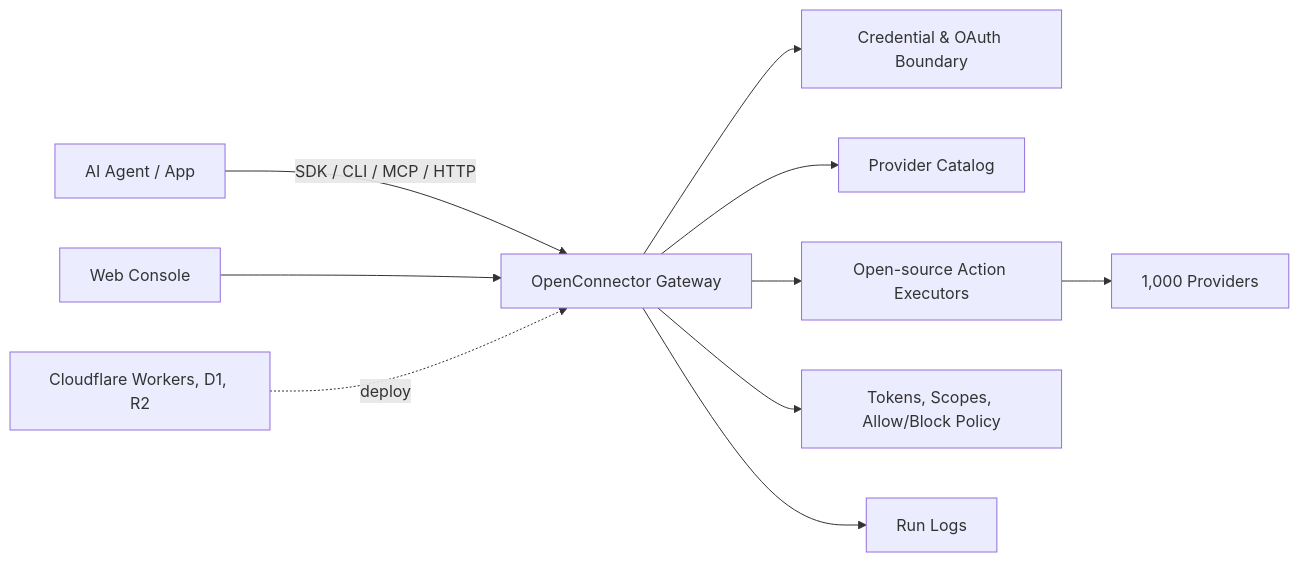
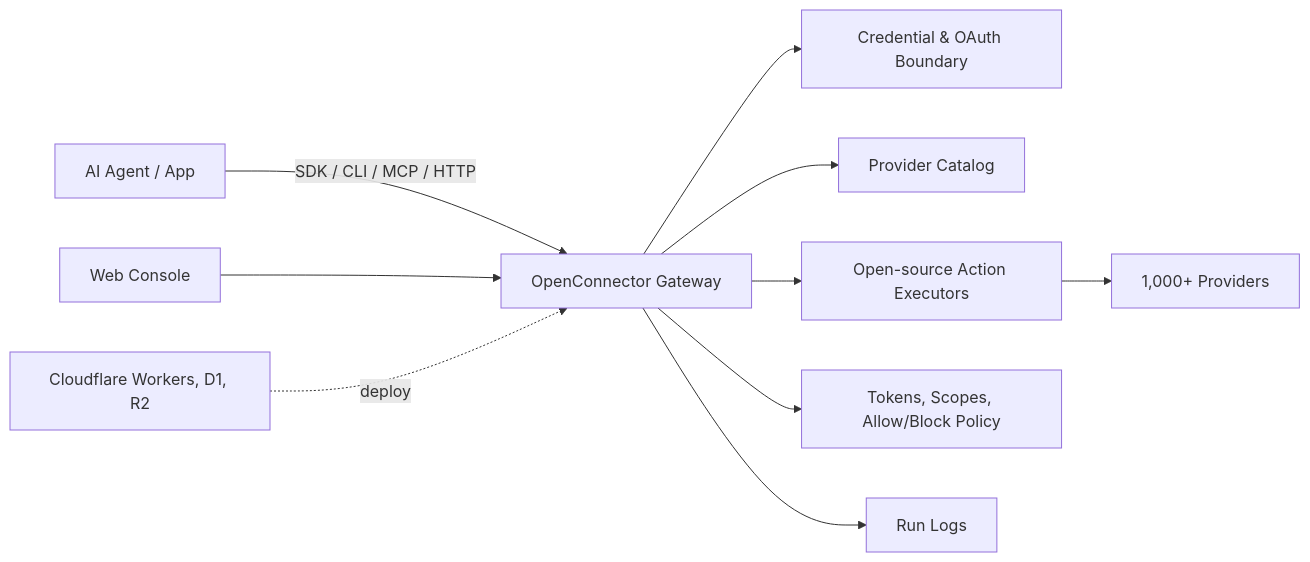
Before and after one commit to oomol-lab/open-connector: the diagram in README.md, drawn with Mermaid. The commit also changed other lines of this file and 5 other files, not shown here.

````diff
--- a/README.md
+++ b/README.md
@@ -80,12 +80,12 @@
 ```mermaid
 flowchart LR
   Agent["AI Agent / App"] -->|"SDK / CLI / MCP / HTTP"| Gateway["OpenConnector Gateway"]
   Gateway --> Auth["Credential & OAuth Boundary"]
   Gateway --> Catalog["Provider Catalog"]
   Gateway --> Actions["Open-source Action Executors"]
   Gateway --> Policy["Tokens, Scopes, Allow/Block Policy"]
   Gateway --> Logs["Run Logs"]
-  Actions --> Providers["1,000 Providers"]
+  Actions --> Providers["1,000+ Providers"]
   Console["Web Console"] --> Gateway
   Cloudflare["Cloudflare Workers, D1, R2"] -. deploy .-> Gateway
 ```
````
